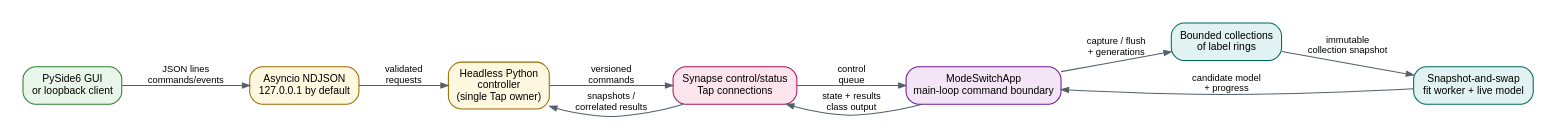
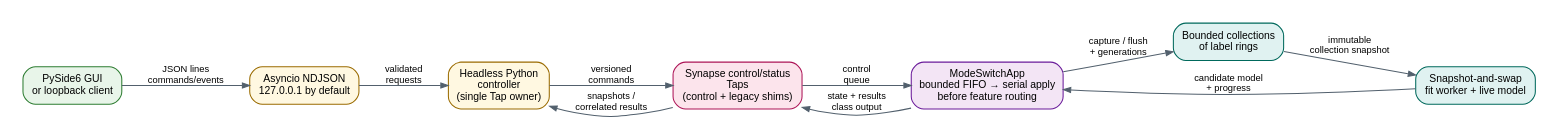
One commit to Neuro-Mechatronics-Interfaces/ScienceXYZ changed the diagram in apps/broadband-mode-switch/docs/gui-control-architecture.dot. Above: the diagram before and after it, drawn with Graphviz. The commit also changed 13 other files, not shown here.

```diff
--- a/apps/broadband-mode-switch/docs/gui-control-architecture.dot
+++ b/apps/broadband-mode-switch/docs/gui-control-architecture.dot
@@ -1,23 +1,23 @@
 digraph broadband_gui_control {
   graph [rankdir=LR, bgcolor="white", pad="0.2", nodesep="0.35", ranksep="0.65"];
   node [shape=box, style="rounded,filled", fillcolor="#eef4ff", color="#315a9b", fontname="Arial", fontsize=10, margin="0.12,0.08"];
   edge [color="#52606d", arrowsize=0.7, fontname="Arial", fontsize=9];
 
   client [label="PySide6 GUI\nor loopback client", fillcolor="#e8f5e9", color="#2e7d32"];
   socket [label="Asyncio NDJSON\n127.0.0.1 by default", fillcolor="#fff8e1", color="#9a6b00"];
   controller [label="Headless Python\ncontroller\n(single Tap owner)", fillcolor="#fff8e1", color="#9a6b00"];
-  taps [label="Synapse control/status\nTap connections", fillcolor="#fce4ec", color="#ad1457"];
-  app [label="ModeSwitchApp\nmain-loop command boundary", fillcolor="#f3e5f5", color="#6a1b9a"];
+  taps [label="Synapse control/status\nTaps\n(control + legacy shims)", fillcolor="#fce4ec", color="#ad1457"];
+  app [label="ModeSwitchApp\nbounded FIFO → serial apply\nbefore feature routing", fillcolor="#f3e5f5", color="#6a1b9a"];
   buffers [label="Bounded collections\nof label rings", fillcolor="#e0f2f1", color="#00695c"];
   fit [label="Snapshot-and-swap\nfit worker + live model", fillcolor="#e0f2f1", color="#00695c"];
 
   client -> socket [label="JSON lines\ncommands/events"];
   socket -> controller [label="validated\nrequests"];
   controller -> taps [label="versioned\ncommands"];
   taps -> app [label="control\nqueue"];
   app -> buffers [label="capture / flush\n+ generations"];
   buffers -> fit [label="immutable\ncollection snapshot"];
   fit -> app [label="candidate model\n+ progress"];
   app -> taps [label="state + results\nclass output"];
   taps -> controller [label="snapshots /\ncorrelated results"];
 }
```
